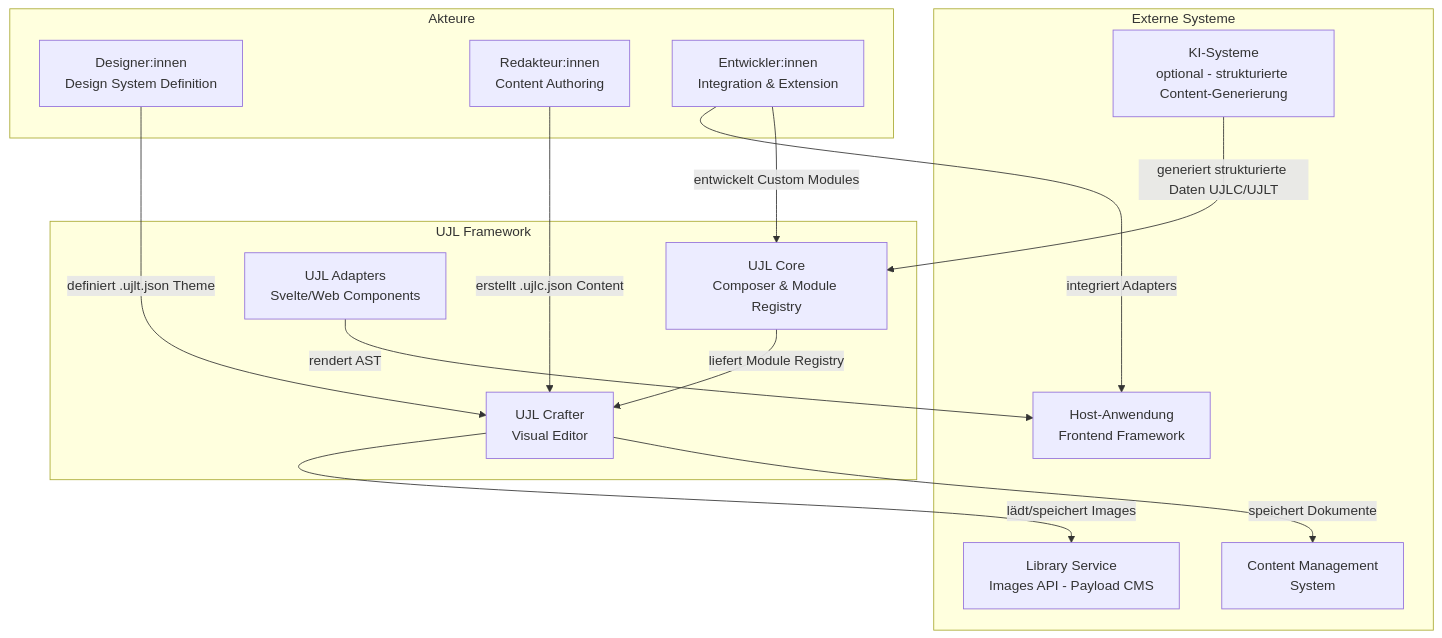
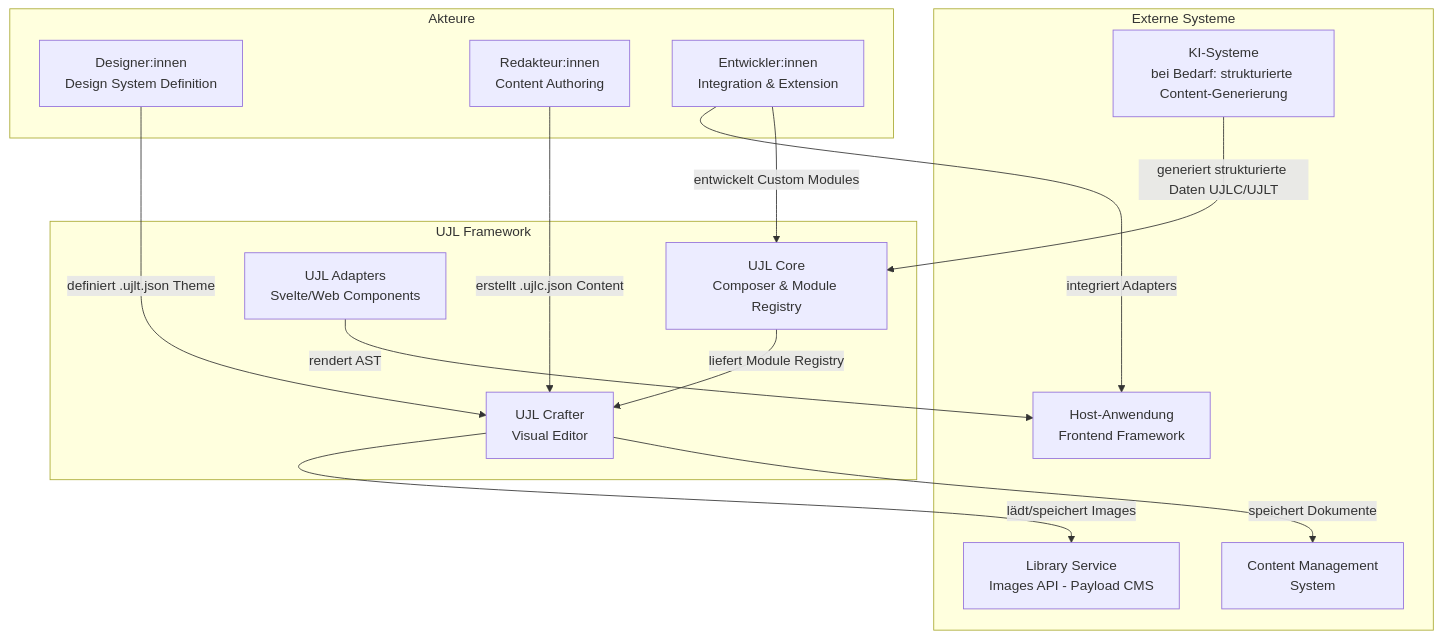
Before and after one commit to mainzcript/ujl: the first of 2 diagrams in apps/docs/src/arc42/03-context-and-scope.md, drawn with Mermaid. The commit also changed other lines of this file and 18 other files, not shown here.

Commit message:
refactor: update documentation for UJL framework, enhancing clarity in vision, use cases, team roles, roadmap, and architectural decisions, while improving consistency and terminology across sections

````diff
--- a/apps/docs/src/arc42/03-context-and-scope.md
+++ b/apps/docs/src/arc42/03-context-and-scope.md
@@ -14,32 +14,32 @@
 ```mermaid
 graph TB
     subgraph UJL["UJL Framework"]
         Core["UJL Core<br/>Composer & Module Registry"]
         Crafter["UJL Crafter<br/>Visual Editor"]
         Adapters["UJL Adapters<br/>Svelte/Web Components"]
     end
 
     subgraph Akteure["Akteure"]
         Designer["Designer:innen<br/>Design System Definition"]
         Editor["Redakteur:innen<br/>Content Authoring"]
         Developer["Entwickler:innen<br/>Integration & Extension"]
     end
 
     subgraph Externe["Externe Systeme"]
         CMS["Content Management<br/>System"]
         LibraryAPI["Library Service<br/>Images API - Payload CMS"]
         Frontend["Host-Anwendung<br/>Frontend Framework"]
-        AI["KI-Systeme<br/>optional - strukturierte Content-Generierung"]
+        AI["KI-Systeme<br/>bei Bedarf: strukturierte Content-Generierung"]
     end
 
     Designer -->|"definiert .ujlt.json Theme"| Crafter
     Editor -->|"erstellt .ujlc.json Content"| Crafter
     Developer -->|"entwickelt Custom Modules"| Core
     Developer -->|"integriert Adapters"| Frontend
 
     Crafter -->|"speichert Dokumente"| CMS
     Crafter -->|"lädt/speichert Images"| LibraryAPI
     Core -->|"liefert Module Registry"| Crafter
     Adapters -->|"rendert AST"| Frontend
     AI -->|"generiert strukturierte Daten UJLC/UJLT"| Core
 ```
````
